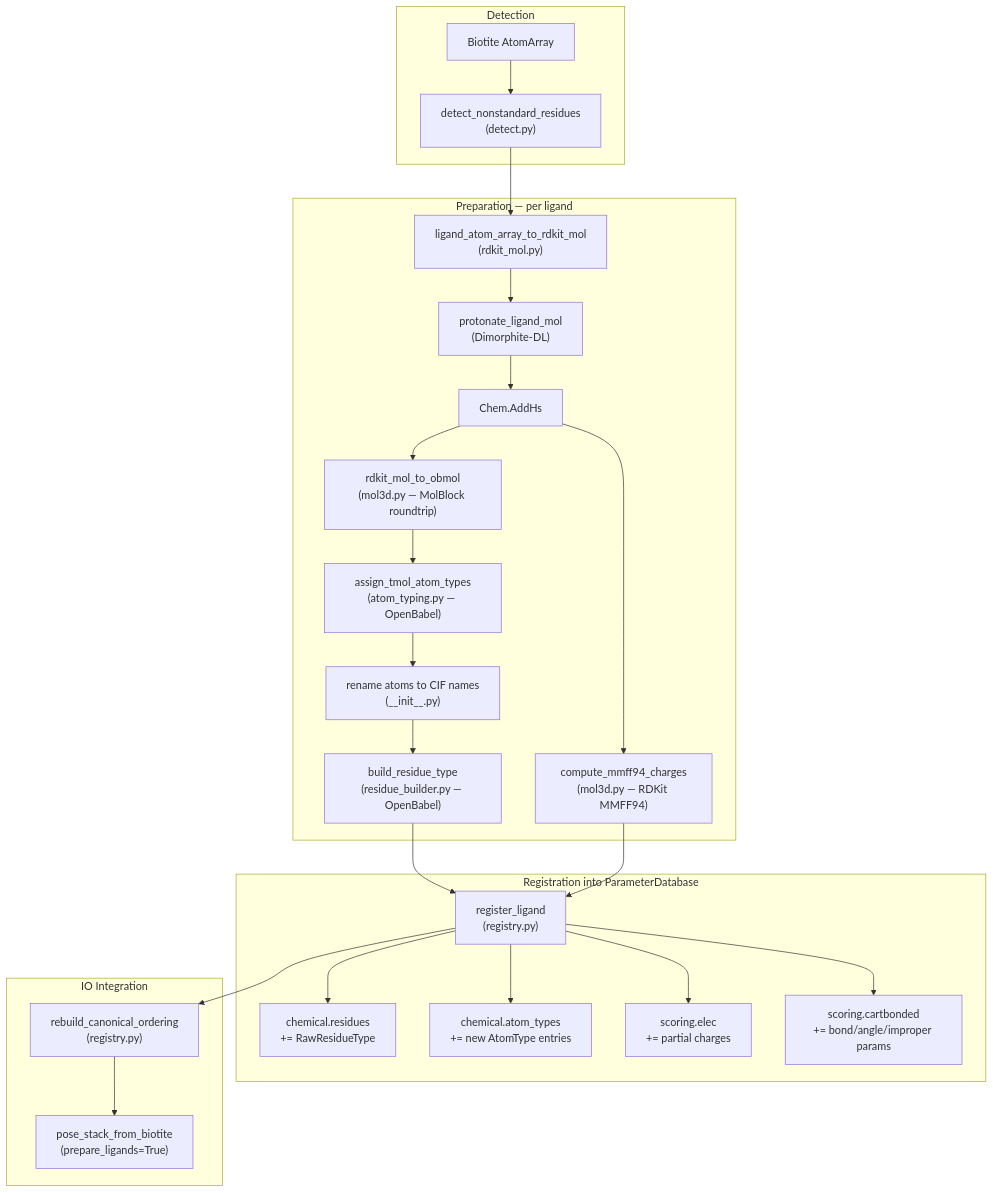
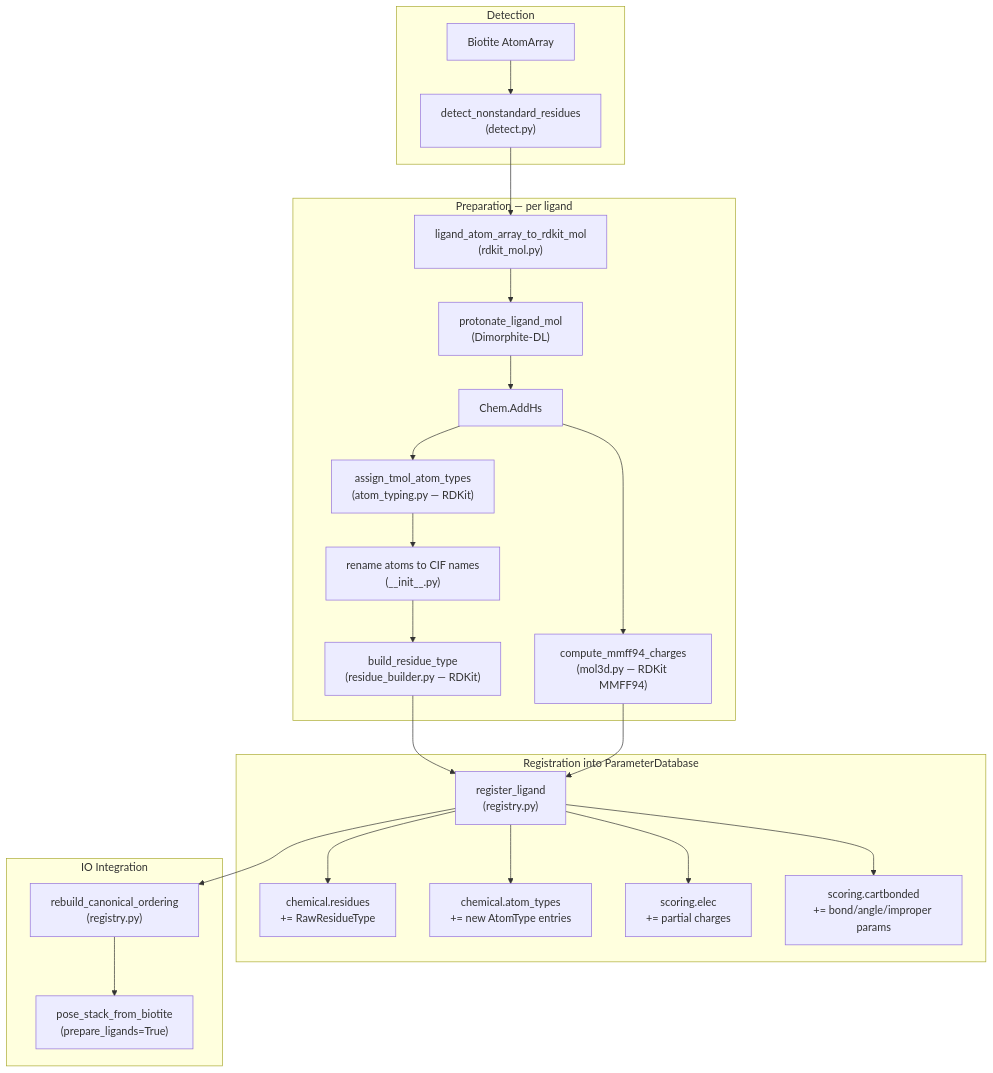
One commit to uw-ipd/tmol changed the diagram in tmol/ligand/README.md. Above: the diagram before and after it, drawn with Mermaid. The commit also changed other lines of this file and 10 other files, not shown here.

Commit message:
refactor: switch open babel to rdkit

````diff
--- a/tmol/ligand/README.md
+++ b/tmol/ligand/README.md
@@ -10,34 +10,32 @@
 ```mermaid
 flowchart TD
     subgraph detection [Detection]
         A["Biotite AtomArray"] --> B["detect_nonstandard_residues\n(detect.py)"]
     end
 
     subgraph preparation [Preparation — per ligand]
         B --> C["ligand_atom_array_to_rdkit_mol\n(rdkit_mol.py)"]
         C --> D["protonate_ligand_mol\n(Dimorphite-DL)"]
         D --> E["Chem.AddHs"]
 
         E --> F["compute_mmff94_charges\n(mol3d.py — RDKit MMFF94)"]
-        E --> G["rdkit_mol_to_obmol\n(mol3d.py — MolBlock roundtrip)"]
-
-        G --> H["assign_tmol_atom_types\n(atom_typing.py — OpenBabel)"]
+        E --> H["assign_tmol_atom_types\n(atom_typing.py — RDKit)"]
         H --> I["rename atoms to CIF names\n(__init__.py)"]
-        I --> J["build_residue_type\n(residue_builder.py — OpenBabel)"]
+        I --> J["build_residue_type\n(residue_builder.py — RDKit)"]
     end
 
     subgraph registration [Registration into ParameterDatabase]
         J --> K["register_ligand\n(registry.py)"]
         F --> K
 
         K --> L1["chemical.residues\n+= RawResidueType"]
         K --> L2["chemical.atom_types\n+= new AtomType entries"]
         K --> L3["scoring.elec\n+= partial charges"]
         K --> L4["scoring.cartbonded\n+= bond/angle/improper params"]
     end
 
     subgraph io [IO Integration]
         K --> M["rebuild_canonical_ordering\n(registry.py)"]
         M --> N["pose_stack_from_biotite\n(prepare_ligands=True)"]
     end
 ```
````
